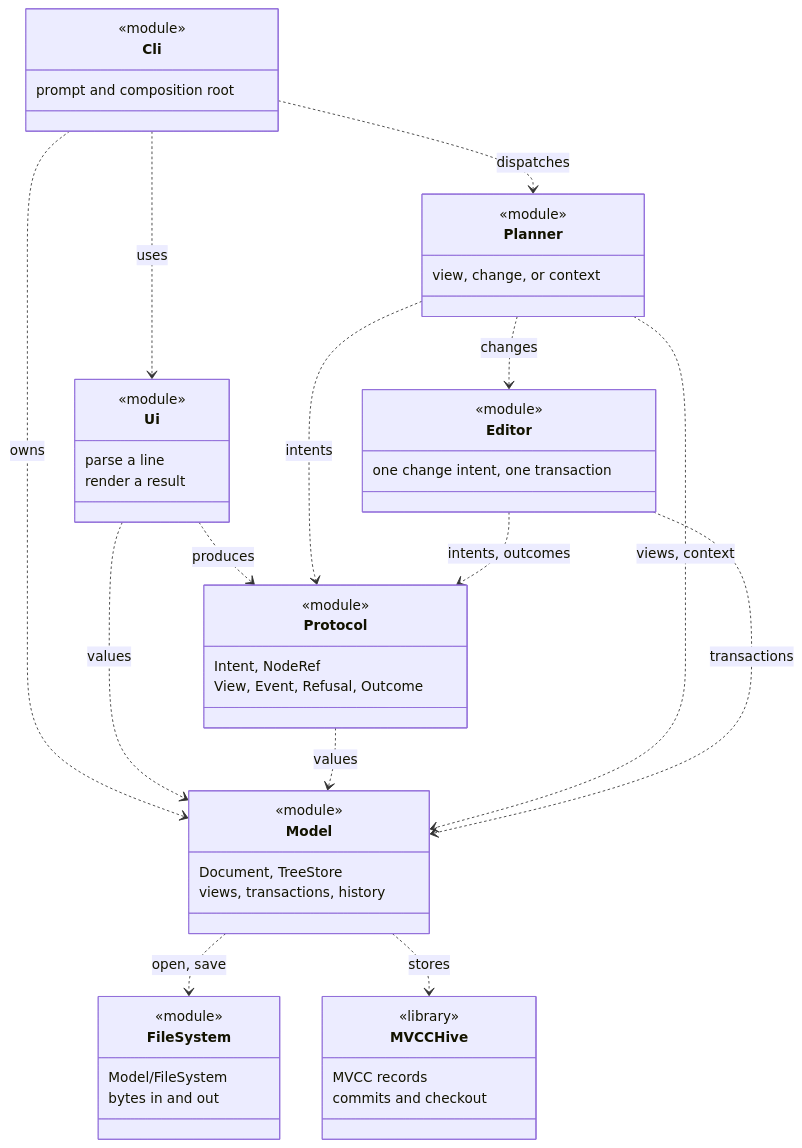
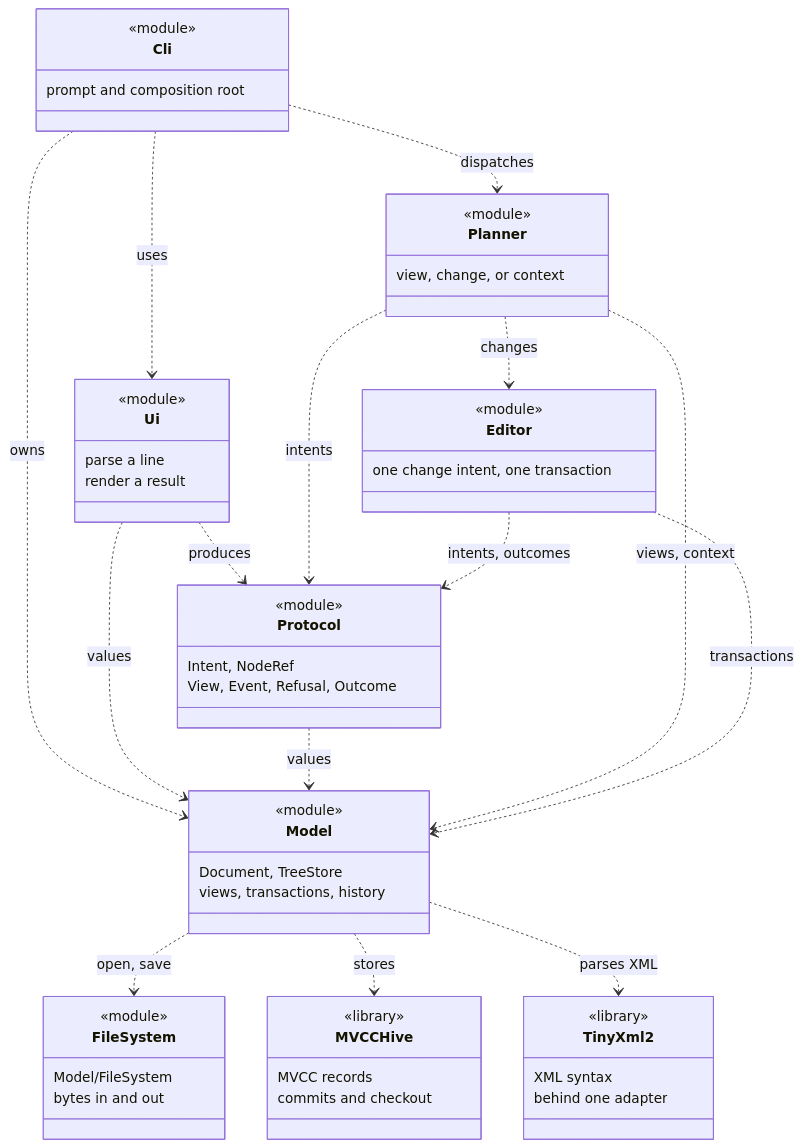
Before and after one commit to NegaVoayz/SVG_Editor: the diagram in docs/Structure.md, drawn with Mermaid. The commit also changed other lines of this file and 3 other files, not shown here.

````diff
--- a/docs/Structure.md
+++ b/docs/Structure.md
@@ -44,56 +46,62 @@
 ```mermaid
 classDiagram
     direction TB
 
     class Cli {
         <<module>>
         prompt and composition root
     }
     class Ui {
         <<module>>
         parse a line
         render a result
     }
     class Protocol {
         <<module>>
         Intent, NodeRef
         View, Event, Refusal, Outcome
     }
     class Planner {
         <<module>>
         view, change, or context
     }
     class Editor {
         <<module>>
         one change intent, one transaction
     }
     class Model {
         <<module>>
         Document, TreeStore
         views, transactions, history
     }
     class FileSystem {
         <<module>>
         Model/FileSystem
         bytes in and out
     }
     class MVCCHive {
         <<library>>
         MVCC records
         commits and checkout
     }
+    class TinyXml2 {
+        <<library>>
+        XML syntax
+        behind one adapter
+    }
 
     Cli ..> Ui : uses
     Cli ..> Planner : dispatches
     Cli ..> Model : owns
     Ui ..> Protocol : produces
     Ui ..> Model : values
     Protocol ..> Model : values
     Planner ..> Protocol : intents
     Planner ..> Model : views, context
     Planner ..> Editor : changes
     Editor ..> Protocol : intents, outcomes
     Editor ..> Model : transactions
     Model ..> FileSystem : open, save
     Model ..> MVCCHive : stores
+    Model ..> TinyXml2 : parses XML
 ```
````
